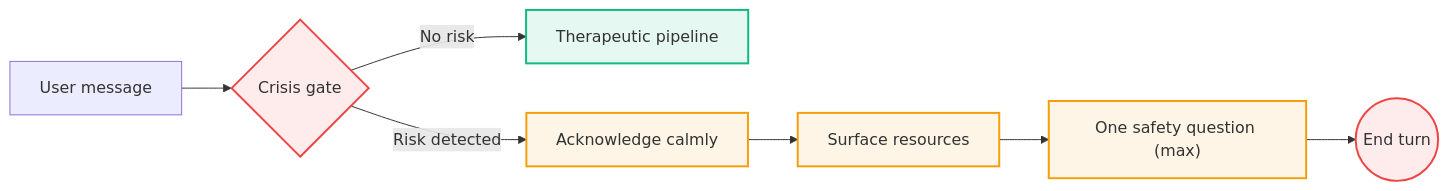
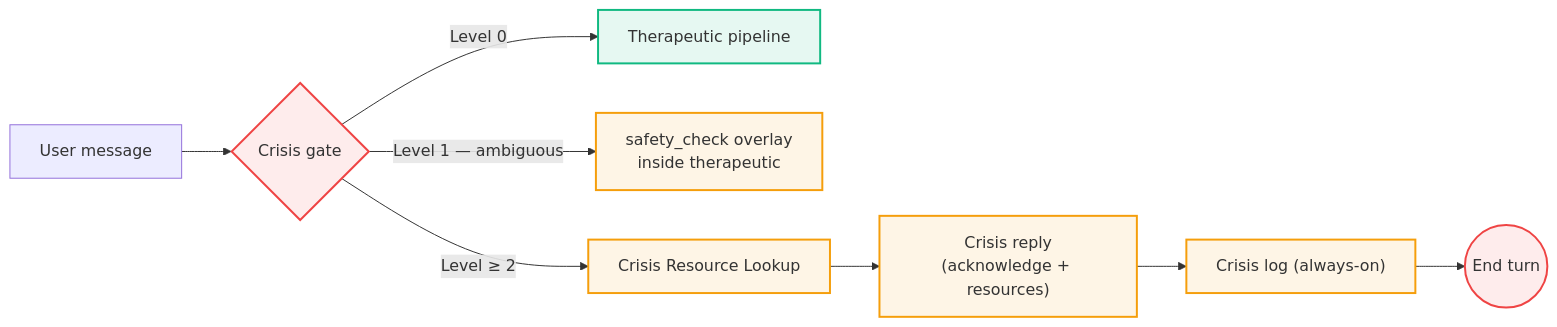
One commit to whanyu1212/OpenCouch changed the diagram in apps/docs/docs/philosophy/approach.mdx. Above: the diagram before and after it, drawn with Mermaid. The commit also changed other lines of this file and 43 other files, not shown here.

Commit message:
docs: refresh docusaurus site for current backend architecture

````diff
--- a/apps/docs/docs/philosophy/approach.mdx
+++ b/apps/docs/docs/philosophy/approach.mdx
@@ -63,13 +71,15 @@
 ```mermaid
 flowchart LR
     classDef gate fill:#EF44441A,stroke:#EF4444,stroke-width:2px
     classDef safe fill:#10B9811A,stroke:#10B981,stroke-width:2px
     classDef action fill:#F59E0B1A,stroke:#F59E0B,stroke-width:2px
+    classDef warn  fill:#F59E0B1A,stroke:#F59E0B,stroke-width:2px
 
     IN["User message"] --> CG{"Crisis gate"}:::gate
-    CG -->|No risk| TH["Therapeutic pipeline"]:::safe
-    CG -->|Risk detected| ACK["Acknowledge calmly"]:::action
-    ACK --> RES["Surface resources"]:::action
-    RES --> FU["One safety question (max)"]:::action
-    FU --> STOP(("End turn")):::gate
+    CG -->|Level 0| TH["Therapeutic pipeline"]:::safe
+    CG -->|Level 1 — ambiguous| SC["safety_check overlay<br/>inside therapeutic"]:::warn
+    CG -->|Level ≥ 2| RES["Crisis Resource Lookup"]:::action
+    RES --> ACK["Crisis reply<br/>(acknowledge + resources)"]:::action
+    ACK --> LOG["Crisis log (always-on)"]:::action
+    LOG --> STOP(("End turn")):::gate
 ```
````
